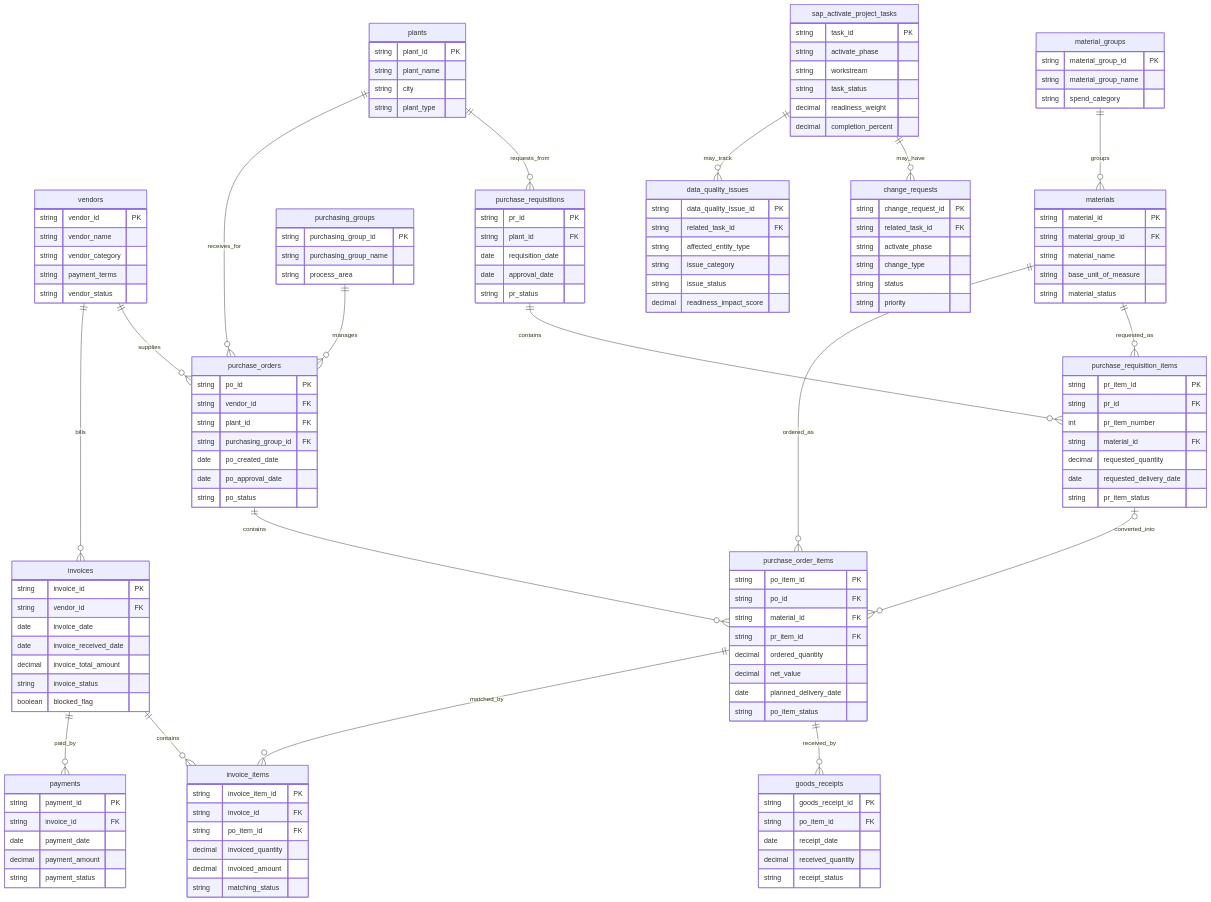
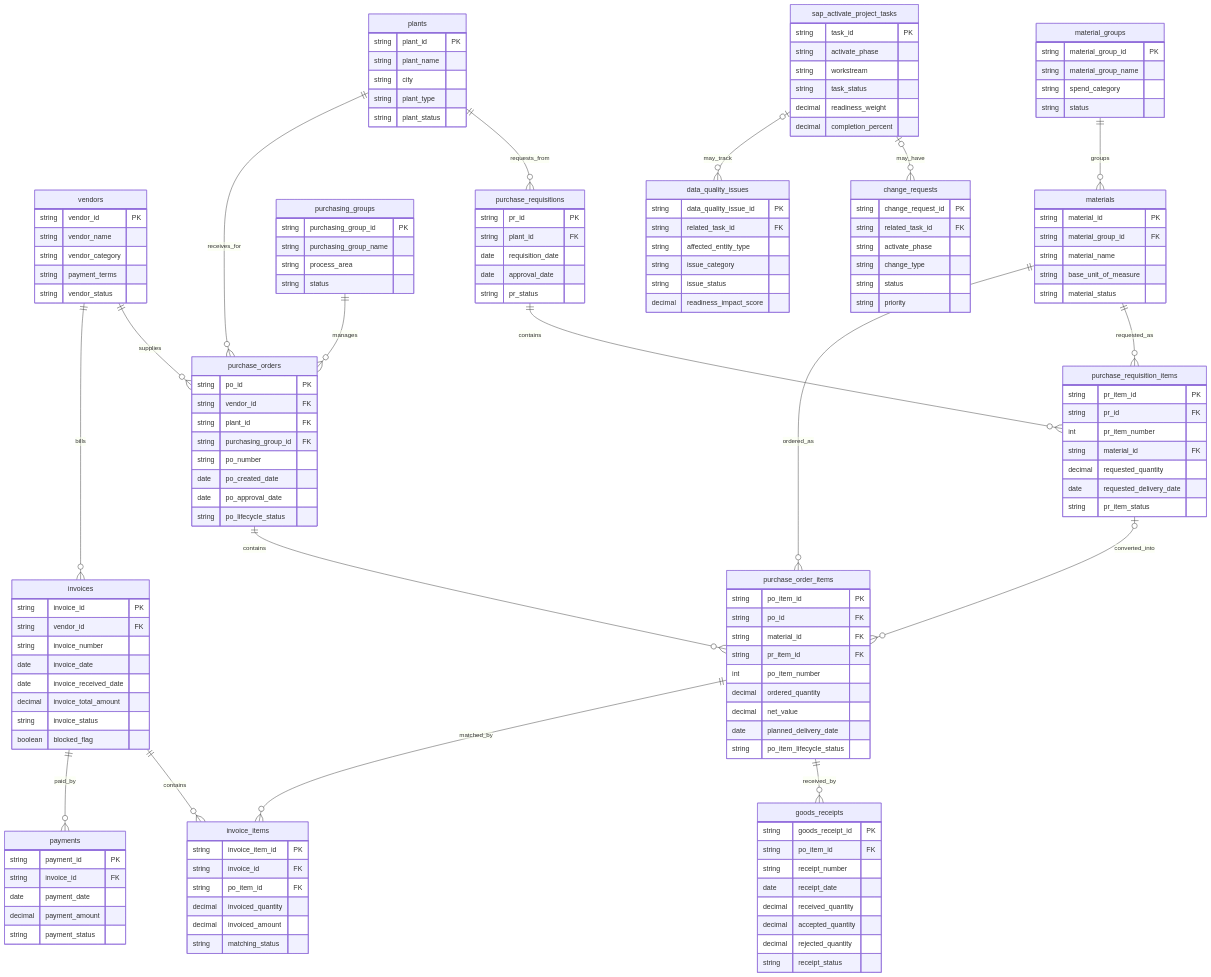
Before and after one commit to enes-fe/sap-activate-erp-procurement-analytics: the diagram in docs/data_model.md, drawn with Mermaid. The commit also changed other lines of this file and 4 other files, not shown here.

```diff
--- a/docs/data_model.md
+++ b/docs/data_model.md
@@ -388,8 +276,8 @@
     invoices ||--o{ invoice_items : contains
     invoices ||--o{ payments : paid_by
 
-    sap_activate_project_tasks ||--o{ change_requests : may_have
-    sap_activate_project_tasks ||--o{ data_quality_issues : may_track
+    sap_activate_project_tasks o|--o{ change_requests : may_have
+    sap_activate_project_tasks o|--o{ data_quality_issues : may_track
 
     vendors {
         string vendor_id PK
@@ -404,18 +292,21 @@
         string plant_name
         string city
         string plant_type
+        string plant_status
     }
 
     purchasing_groups {
         string purchasing_group_id PK
         string purchasing_group_name
         string process_area
+        string status
     }
 
     material_groups {
         string material_group_id PK
         string material_group_name
         string spend_category
+        string status
     }
 
     materials {
@@ -449,9 +340,10 @@
         string vendor_id FK
         string plant_id FK
         string purchasing_group_id FK
+        string po_number
         date po_created_date
         date po_approval_date
-        string po_status
+        string po_lifecycle_status
     }
 
     purchase_order_items {
@@ -459,23 +351,28 @@
         string po_id FK
         string material_id FK
         string pr_item_id FK
+        int po_item_number
         decimal ordered_quantity
         decimal net_value
         date planned_delivery_date
-        string po_item_status
+        string po_item_lifecycle_status
     }
 
     goods_receipts {
         string goods_receipt_id PK
         string po_item_id FK
+        string receipt_number
         date receipt_date
         decimal received_quantity
+        decimal accepted_quantity
+        decimal rejected_quantity
         string receipt_status
     }
 
     invoices {
         string invoice_id PK
         string vendor_id FK
+        string invoice_number
         date invoice_date
         date invoice_received_date
         decimal invoice_total_amount
```
